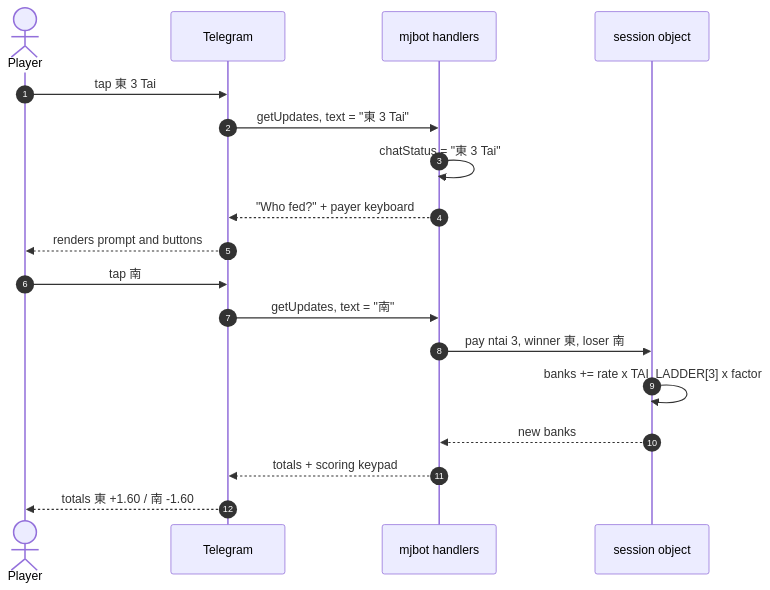
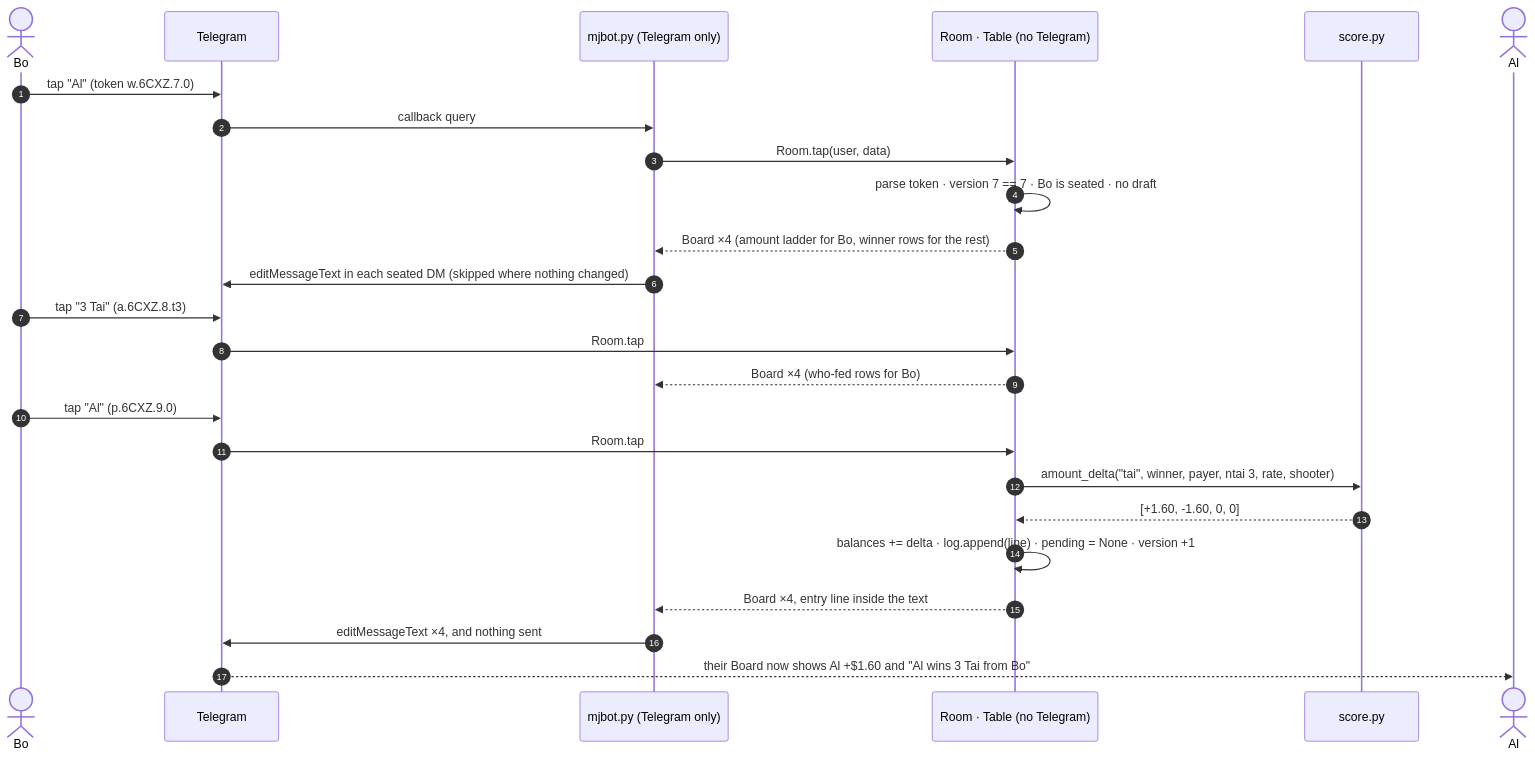
The fourth of 7 diagrams in docs/flow.md (jonkoong/SGMahjongCalcTele), drawn with Mermaid before and after one commit. The commit also changed other lines of this file and 3 other files, not shown here.

````diff
--- a/docs/flow.md
+++ b/docs/flow.md
@@ -122,20 +148,27 @@
 ```mermaid
 sequenceDiagram
     autonumber
-    actor U as Player
+    actor Bo
     participant TG as Telegram
-    participant BOT as mjbot handlers
-    participant GM as session object
-    U->>TG: tap 東 3 Tai
-    TG->>BOT: getUpdates, text = "東 3 Tai"
-    BOT->>BOT: chatStatus = "東 3 Tai"
-    BOT-->>TG: "Who fed?" + payer keyboard
-    TG-->>U: renders prompt and buttons
-    U->>TG: tap 南
-    TG->>BOT: getUpdates, text = "南"
-    BOT->>GM: pay ntai 3, winner 東, loser 南
-    GM->>GM: banks += rate x TAI_LADDER[3] x factor
-    GM-->>BOT: new banks
-    BOT-->>TG: totals + scoring keypad
-    TG-->>U: totals 東 +1.60 / 南 -1.60
+    participant MJ as mjbot.py (Telegram only)
+    participant RM as Room · Table (no Telegram)
+    participant SC as score.py
+    actor Al
+    Bo->>TG: tap "Al" (token w.6CXZ.7.0)
+    TG->>MJ: callback query
+    MJ->>RM: Room.tap(user, data)
+    RM->>RM: parse token · version 7 == 7 · Bo is seated · no draft
+    RM-->>MJ: Board ×4 (amount ladder for Bo, winner rows for the rest)
+    MJ->>TG: editMessageText in each seated DM (skipped where nothing changed)
+    Bo->>TG: tap "3 Tai" (a.6CXZ.8.t3)
+    TG->>RM: Room.tap
+    RM-->>MJ: Board ×4 (who-fed rows for Bo)
+    Bo->>TG: tap "Al" (p.6CXZ.9.0)
+    TG->>RM: Room.tap
+    RM->>SC: amount_delta("tai", winner, payer, ntai 3, rate, shooter)
+    SC-->>RM: [+1.60, -1.60, 0, 0]
+    RM->>RM: balances += delta · log.append(line) · pending = None · version +1
+    RM-->>MJ: Board ×4, entry line inside the text
+    MJ->>TG: editMessageText ×4, and nothing sent
+    TG-->>Al: their Board now shows Al +$1.60 and "Al wins 3 Tai from Bo"
 ```
````
